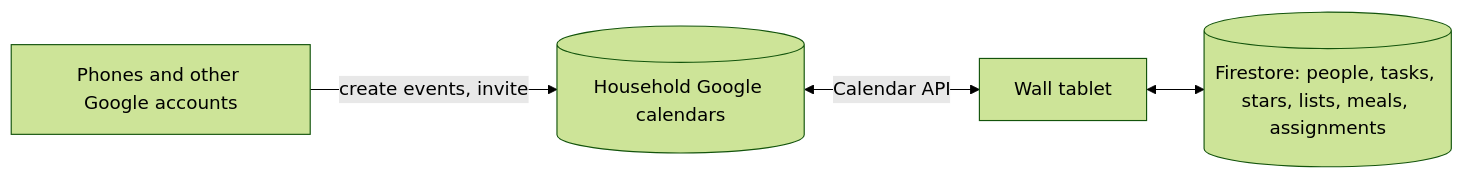
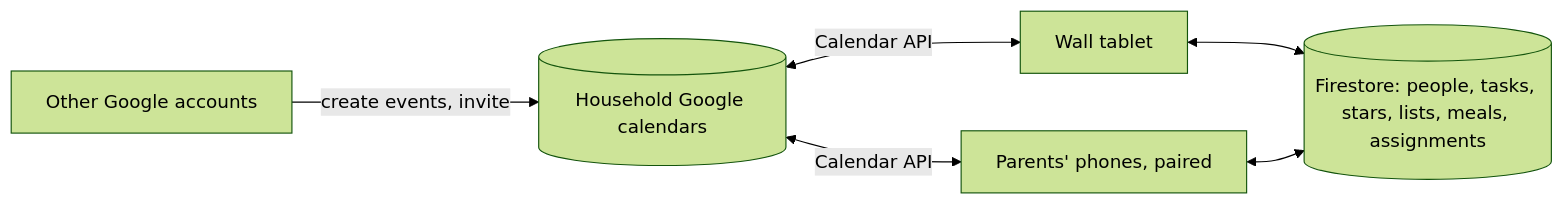
The diagram in README.md (faisal-shah/manwar), drawn with Mermaid (forest theme) before and after one commit. The commit also changed other lines of this file and 20 other files, not shown here.

````diff
--- a/README.md
+++ b/README.md
@@ -34,6 +36,8 @@
 ```mermaid
 flowchart LR
-  Phone[Phones and other Google accounts] -->|create events, invite| G[(Household Google calendars)]
+  Other[Other Google accounts] -->|create events, invite| G[(Household Google calendars)]
   G <-->|Calendar API| Wall[Wall tablet]
+  G <-->|Calendar API| Phone[Parents' phones, paired]
   Wall <--> FS[(Firestore: people, tasks, stars, lists, meals, assignments)]
+  Phone <--> FS
 ```
````
